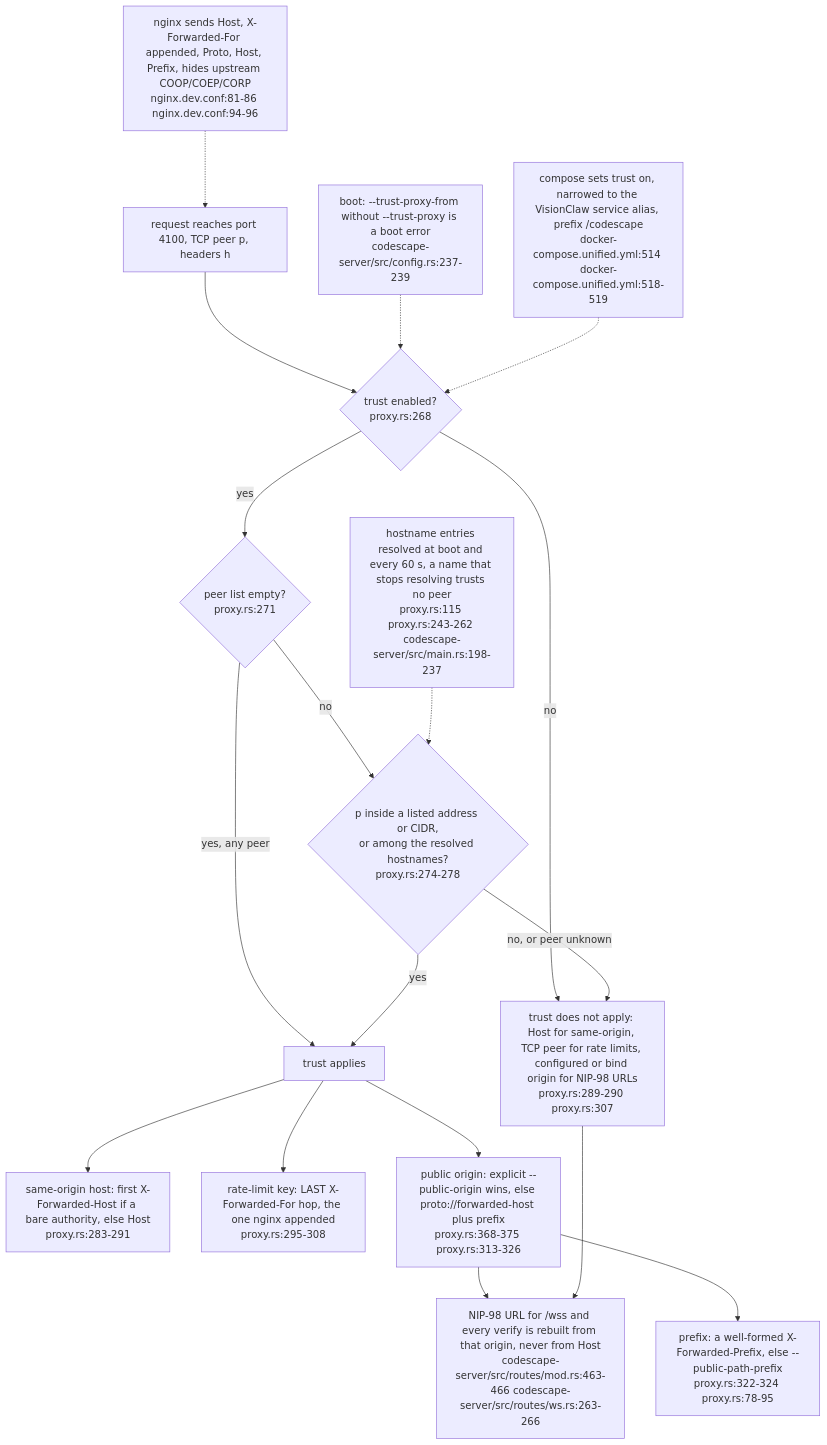
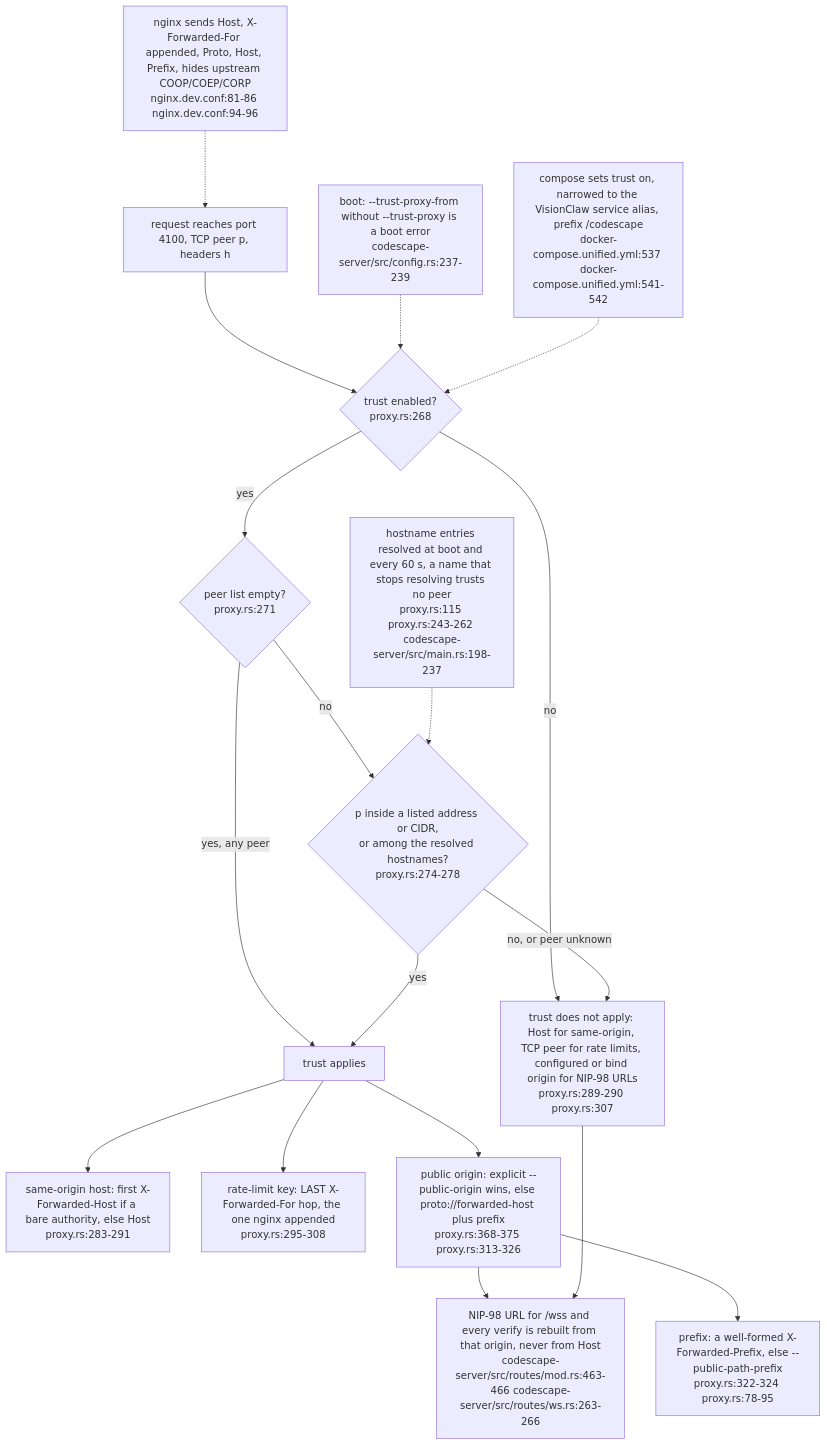
Before and after one commit to DreamLab-AI/VisionFlow: the sixth of 8 diagrams in docs/diagrams/visionclaw/39-codescape.md, drawn with Mermaid. The commit also changed other lines of this file and 7 other files, not shown here.

First line of the commit message:
diagrams(visionclaw): re-verify VC-34 to VC-40 and VC-42 at visionclaw 4900ec6, agentbox 59b1aca

````diff
--- a/docs/diagrams/visionclaw/39-codescape.md
+++ b/docs/diagrams/visionclaw/39-codescape.md
@@ -313,35 +313,35 @@
 ```mermaid
 flowchart TB
     REQ["request reaches port 4100, TCP peer p, headers h"]
     CFG["boot: --trust-proxy-from without --trust-proxy is a boot error<br/>codescape-server/src/config.rs:237-239"]
     EN{"trust enabled?<br/>proxy.rs:268"}
     LIST{"peer list empty?<br/>proxy.rs:271"}
     MATCH{"p inside a listed address or CIDR,<br/>or among the resolved hostnames?<br/>proxy.rs:274-278"}
     REFRESH["hostname entries resolved at boot and every 60 s, a name that stops resolving trusts no peer<br/>proxy.rs:115 proxy.rs:243-262 codescape-server/src/main.rs:198-237"]
     OFF["trust does not apply: Host for same-origin, TCP peer for rate limits, configured or bind origin for NIP-98 URLs<br/>proxy.rs:289-290 proxy.rs:307"]
     ON["trust applies"]
     HOST["same-origin host: first X-Forwarded-Host if a bare authority, else Host<br/>proxy.rs:283-291"]
     IP["rate-limit key: LAST X-Forwarded-For hop, the one nginx appended<br/>proxy.rs:295-308"]
     ORIG["public origin: explicit --public-origin wins, else proto://forwarded-host plus prefix<br/>proxy.rs:368-375 proxy.rs:313-326"]
     PFX["prefix: a well-formed X-Forwarded-Prefix, else --public-path-prefix<br/>proxy.rs:322-324 proxy.rs:78-95"]
     USE["NIP-98 URL for /wss and every verify is rebuilt from that origin, never from Host<br/>codescape-server/src/routes/mod.rs:463-466 codescape-server/src/routes/ws.rs:263-266"]
     REQ --> EN
     CFG -.-> EN
     EN -->|no| OFF
     EN -->|yes| LIST
     LIST -->|"yes, any peer"| ON
     LIST -->|no| MATCH
     REFRESH -.-> MATCH
     MATCH -->|"no, or peer unknown"| OFF
     MATCH -->|yes| ON
     ON --> HOST
     ON --> IP
     ON --> ORIG
     ORIG --> PFX
     ORIG --> USE
     OFF --> USE
-    COMPOSE["compose sets trust on, narrowed to the VisionClaw service alias, prefix /codescape<br/>docker-compose.unified.yml:514 docker-compose.unified.yml:518-519"]
+    COMPOSE["compose sets trust on, narrowed to the VisionClaw service alias, prefix /codescape<br/>docker-compose.unified.yml:537 docker-compose.unified.yml:541-542"]
     NG["nginx sends Host, X-Forwarded-For appended, Proto, Host, Prefix, hides upstream COOP/COEP/CORP<br/>nginx.dev.conf:81-86 nginx.dev.conf:94-96"]
     COMPOSE -.-> EN
     NG -.-> REQ
 ```
````
